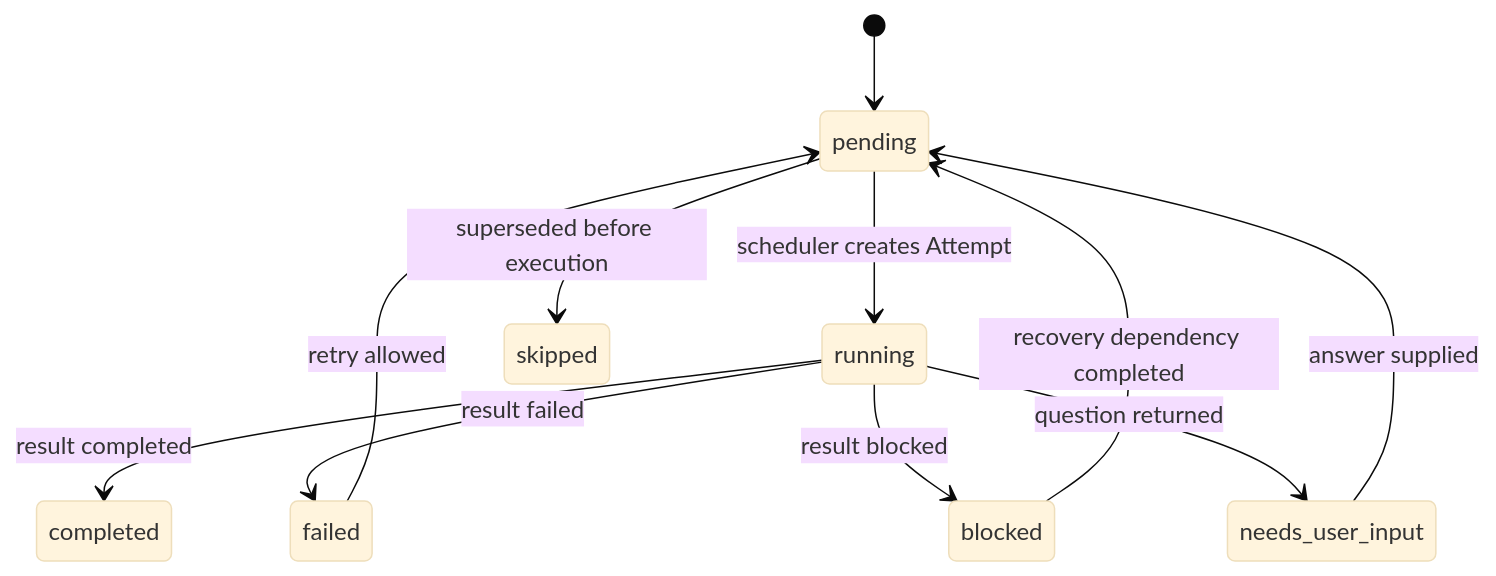
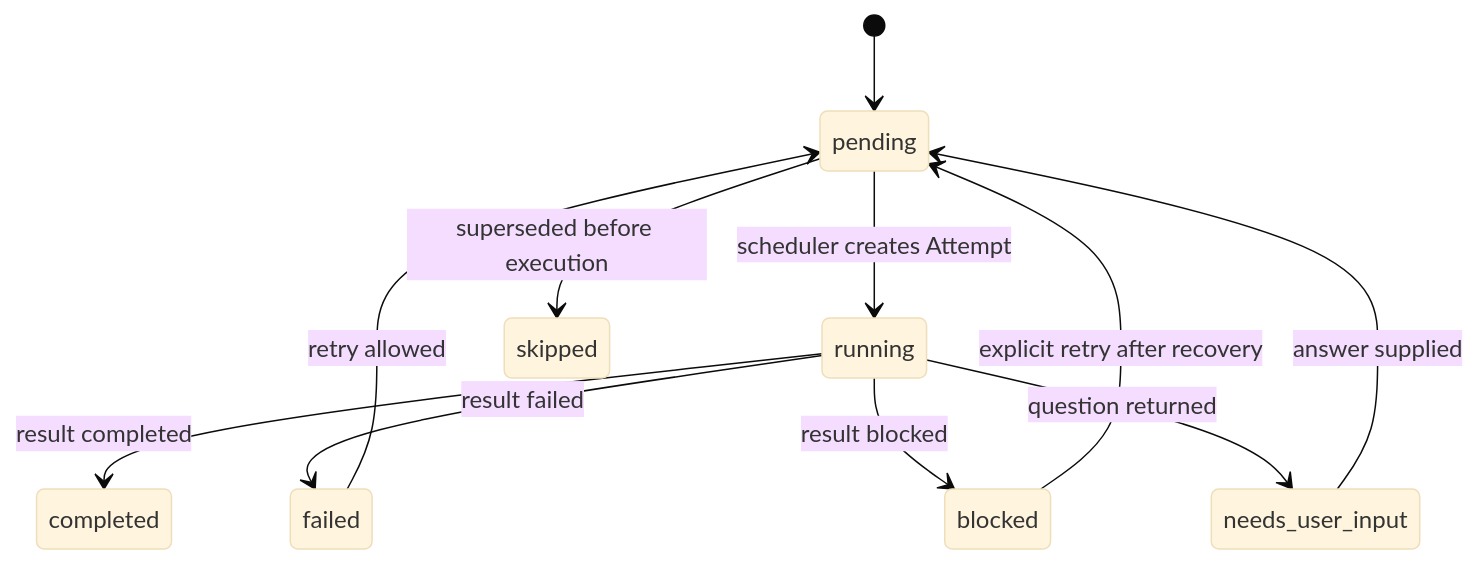
One commit to ylc123456789/ResAgent2 changed the sixth of 7 diagrams in docs/ARCHITECTURE.md. Above: the diagram before and after it, drawn with Mermaid (base theme). The commit also changed other lines of this file and 16 other files, not shown here.

````diff
--- a/docs/ARCHITECTURE.md
+++ b/docs/ARCHITECTURE.md
@@ -416,13 +416,13 @@
 ```mermaid
 stateDiagram-v2
     [*] --> pending
     pending --> running: scheduler creates Attempt
     running --> completed: result completed
     running --> failed: result failed
     running --> blocked: result blocked
     running --> needs_user_input: question returned
     failed --> pending: retry allowed
-    blocked --> pending: recovery dependency completed
+    blocked --> pending: explicit retry after recovery
     needs_user_input --> pending: answer supplied
     pending --> skipped: superseded before execution
 ```
````
